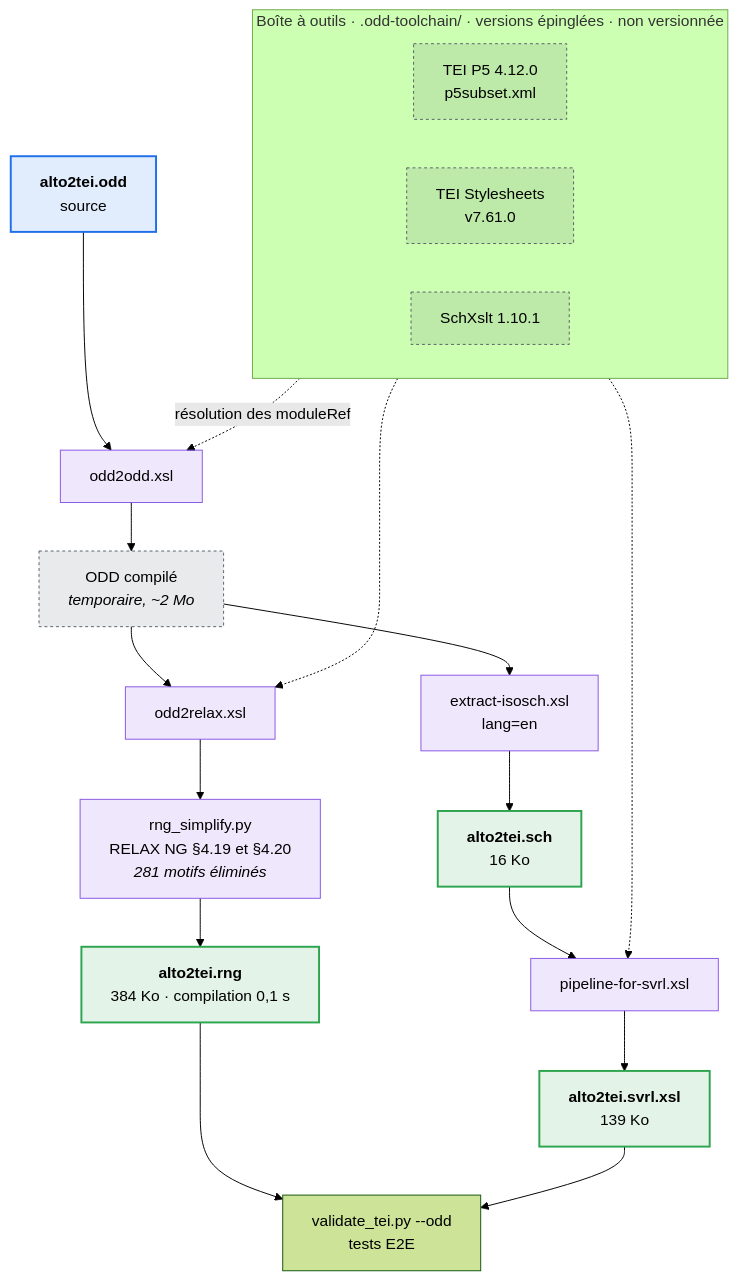
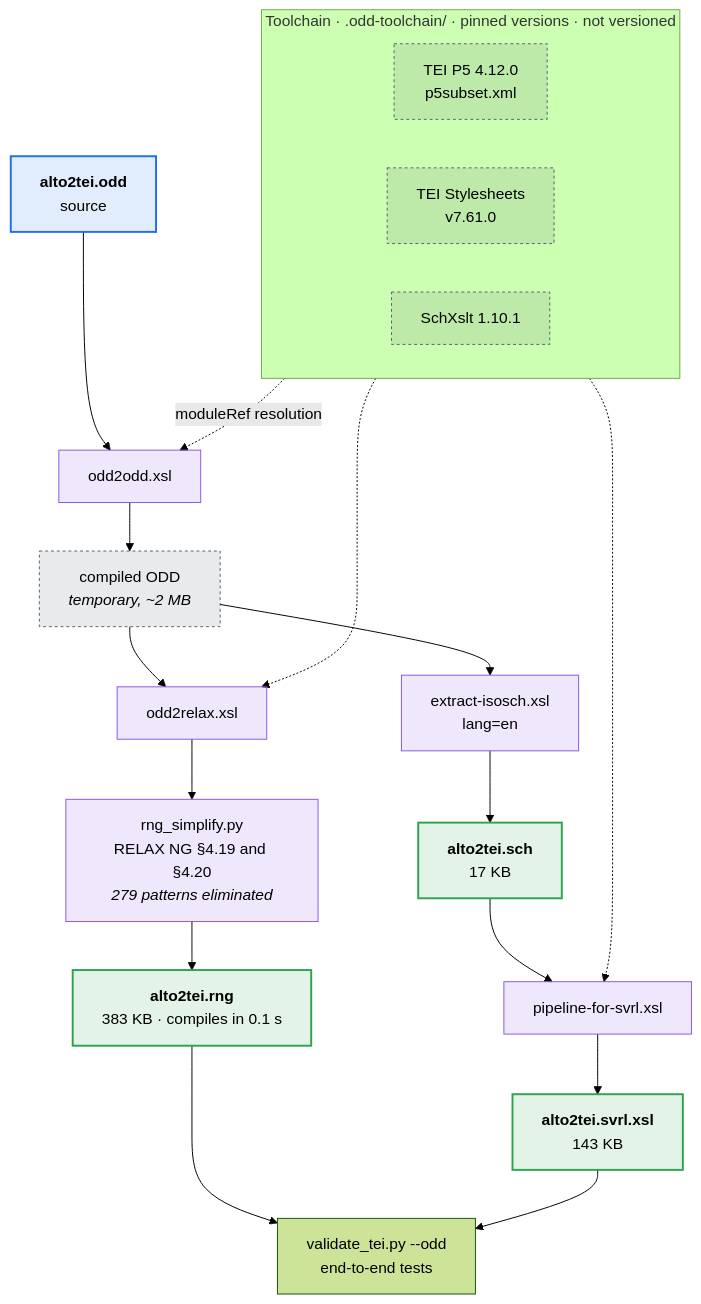
The diagram in schema/README.md (Grand-Siecle/TEIlle-douce), drawn with Mermaid (forest theme) before and after one commit. The commit also changed other lines of this file and 5 other files, not shown here.

````diff
--- a/schema/README.md
+++ b/schema/README.md
@@ -51,41 +54,41 @@
 ```mermaid
 flowchart TB
-    subgraph outils["Boîte à outils · .odd-toolchain/ · versions épinglées · non versionnée"]
+    subgraph outils["Toolchain · .odd-toolchain/ · pinned versions · not versioned"]
         direction LR
         P5["TEI P5 4.12.0<br/>p5subset.xml"]
         STY["TEI Stylesheets<br/>v7.61.0"]
         SCHX["SchXslt 1.10.1"]
     end
 
     ODD["<b>alto2tei.odd</b><br/>source"]
-    COMP["ODD compilé<br/><i>temporaire, ~2 Mo</i>"]
+    COMP["compiled ODD<br/><i>temporary, ~2 MB</i>"]
 
     ODD --> A1["odd2odd.xsl"]
-    P5 -. "résolution des moduleRef" .-> A1
+    P5 -. "moduleRef resolution" .-> A1
     A1 --> COMP
 
     COMP --> B1["odd2relax.xsl"]
     COMP --> C1["extract-isosch.xsl<br/>lang=en"]
 
-    B1 --> B2["rng_simplify.py<br/>RELAX NG §4.19 et §4.20<br/><i>281 motifs éliminés</i>"]
-    B2 --> RNG["<b>alto2tei.rng</b><br/>384 Ko · compilation 0,1 s"]
+    B1 --> B2["rng_simplify.py<br/>RELAX NG §4.19 and §4.20<br/><i>279 patterns eliminated</i>"]
+    B2 --> RNG["<b>alto2tei.rng</b><br/>383 KB · compiles in 0.1 s"]
 
-    C1 --> SCH["<b>alto2tei.sch</b><br/>16 Ko"]
+    C1 --> SCH["<b>alto2tei.sch</b><br/>17 KB"]
     SCH --> D1["pipeline-for-svrl.xsl"]
-    D1 --> SVRL["<b>alto2tei.svrl.xsl</b><br/>139 Ko"]
+    D1 --> SVRL["<b>alto2tei.svrl.xsl</b><br/>143 KB"]
 
     STY -. " " .-> B1
     SCHX -. " " .-> D1
 
-    RNG --> USE["validate_tei.py --odd<br/>tests E2E"]
+    RNG --> USE["validate_tei.py --odd<br/>end-to-end tests"]
     SVRL --> USE
 
     classDef source fill:#1f6feb22,stroke:#1f6feb,stroke-width:2px
     classDef produit fill:#2da44e22,stroke:#2da44e,stroke-width:2px
     classDef etape fill:#8957e522,stroke:#8957e5
     classDef outil fill:#57606a22,stroke:#57606a,stroke-dasharray:3 3
     class ODD source
     class RNG,SCH,SVRL produit
     class A1,B1,B2,C1,D1 etape
     class P5,STY,SCHX,COMP outil
 ```
````
